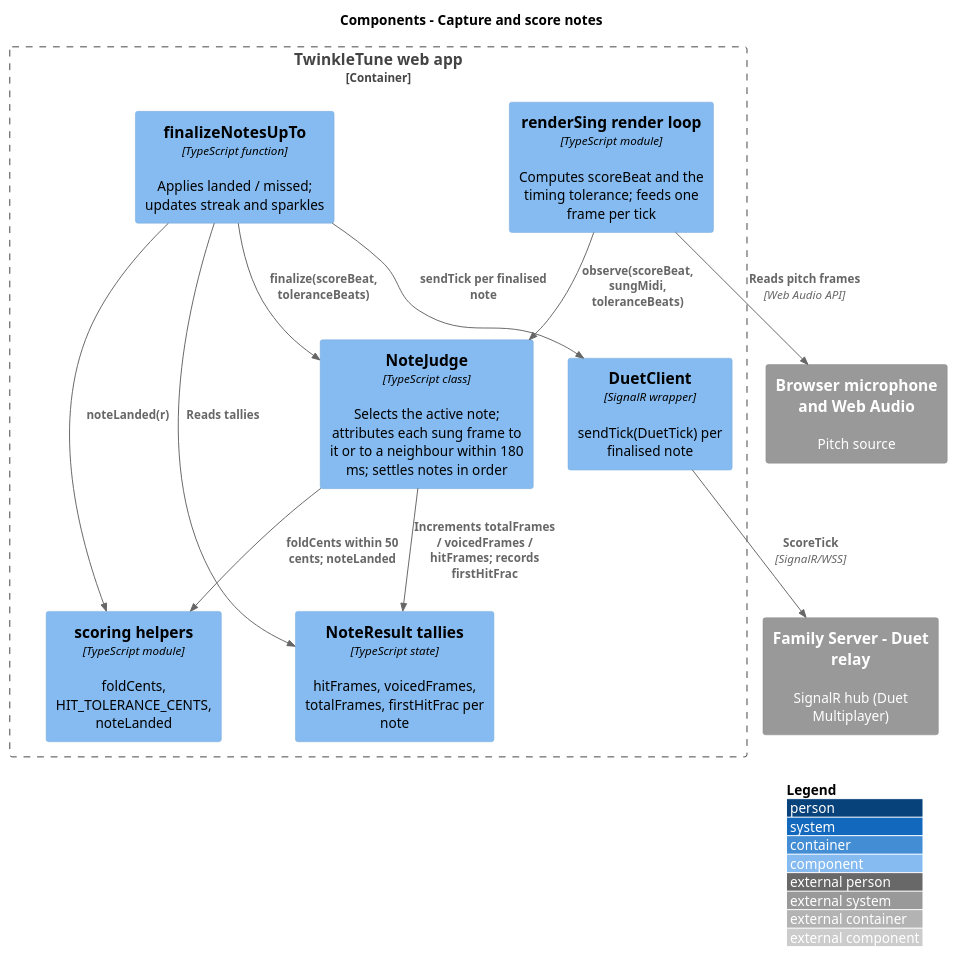
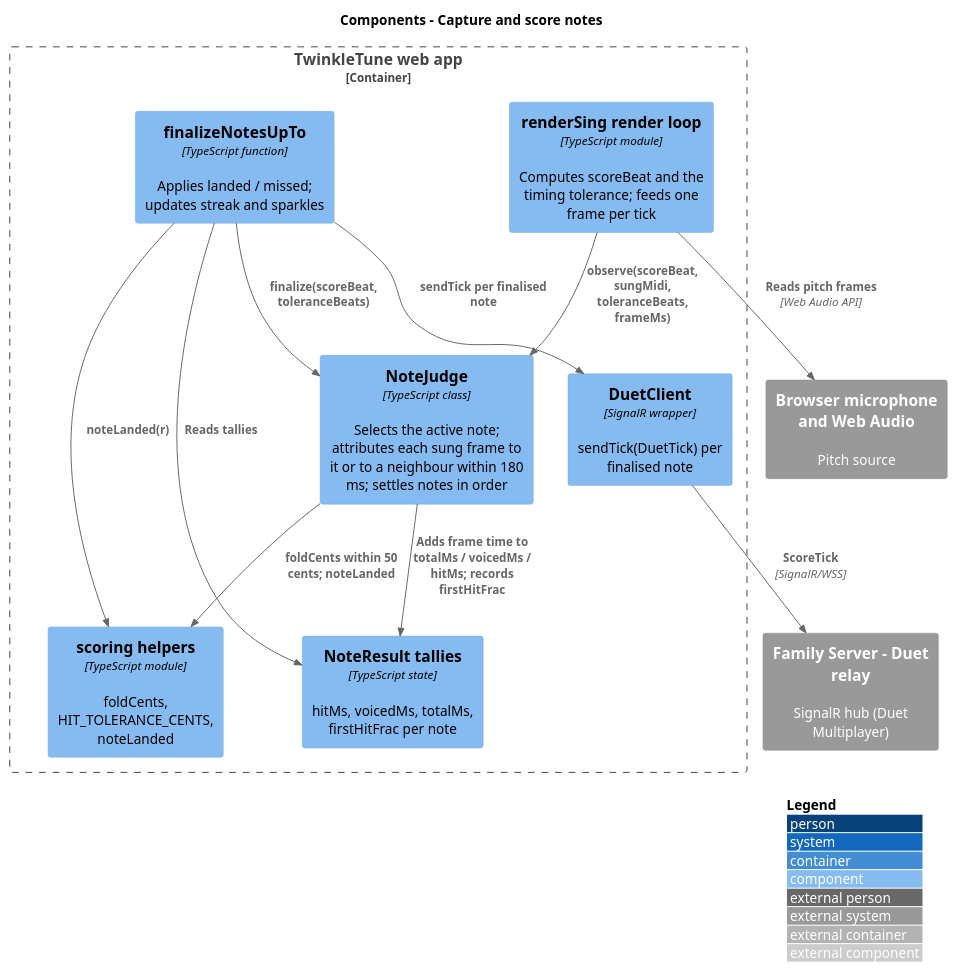
Before and after one commit to QuinntyneBrown/TwinkleTune: the diagram in docs/detailed-designs/singing-gameplay/capture-and-score-notes/diagrams/c4-component.puml, drawn with PlantUML. The commit also changed 31 other files, not shown here.

```diff
--- a/docs/detailed-designs/singing-gameplay/capture-and-score-notes/diagrams/c4-component.puml
+++ b/docs/detailed-designs/singing-gameplay/capture-and-score-notes/diagrams/c4-component.puml
@@ -1,26 +1,26 @@
 @startuml
 !include <C4/C4_Component>
 LAYOUT_WITH_LEGEND()
 title Components - Capture and score notes
 
 Container_Boundary(web, "TwinkleTune web app") {
   Component(loop, "renderSing render loop", "TypeScript module", "Computes scoreBeat and the timing tolerance; feeds one frame per tick")
   Component(judge, "NoteJudge", "TypeScript class", "Selects the active note; attributes each sung frame to it or to a neighbour within 180 ms; settles notes in order")
-  Component(results, "NoteResult tallies", "TypeScript state", "hitFrames, voicedFrames, totalFrames, firstHitFrac per note")
+  Component(results, "NoteResult tallies", "TypeScript state", "hitMs, voicedMs, totalMs, firstHitFrac per note")
   Component(scoring, "scoring helpers", "TypeScript module", "foldCents, HIT_TOLERANCE_CENTS, noteLanded")
   Component(finalize, "finalizeNotesUpTo", "TypeScript function", "Applies landed / missed; updates streak and sparkles")
   Component(duet, "DuetClient", "SignalR wrapper", "sendTick(DuetTick) per finalised note")
 }
 System_Ext(mic, "Browser microphone and Web Audio", "Pitch source")
 System_Ext(hub, "Family Server - Duet relay", "SignalR hub (Duet Multiplayer)")
 
 Rel(loop, mic, "Reads pitch frames", "Web Audio API")
-Rel(loop, judge, "observe(scoreBeat, sungMidi, toleranceBeats)")
+Rel(loop, judge, "observe(scoreBeat, sungMidi, toleranceBeats, frameMs)")
 Rel(judge, scoring, "foldCents within 50 cents; noteLanded")
-Rel(judge, results, "Increments totalFrames / voicedFrames / hitFrames; records firstHitFrac")
+Rel(judge, results, "Adds frame time to totalMs / voicedMs / hitMs; records firstHitFrac")
 Rel(finalize, judge, "finalize(scoreBeat, toleranceBeats)")
 Rel(finalize, results, "Reads tallies")
 Rel(finalize, scoring, "noteLanded(r)")
 Rel(finalize, duet, "sendTick per finalised note")
 Rel(duet, hub, "ScoreTick", "SignalR/WSS")
 @enduml
```
